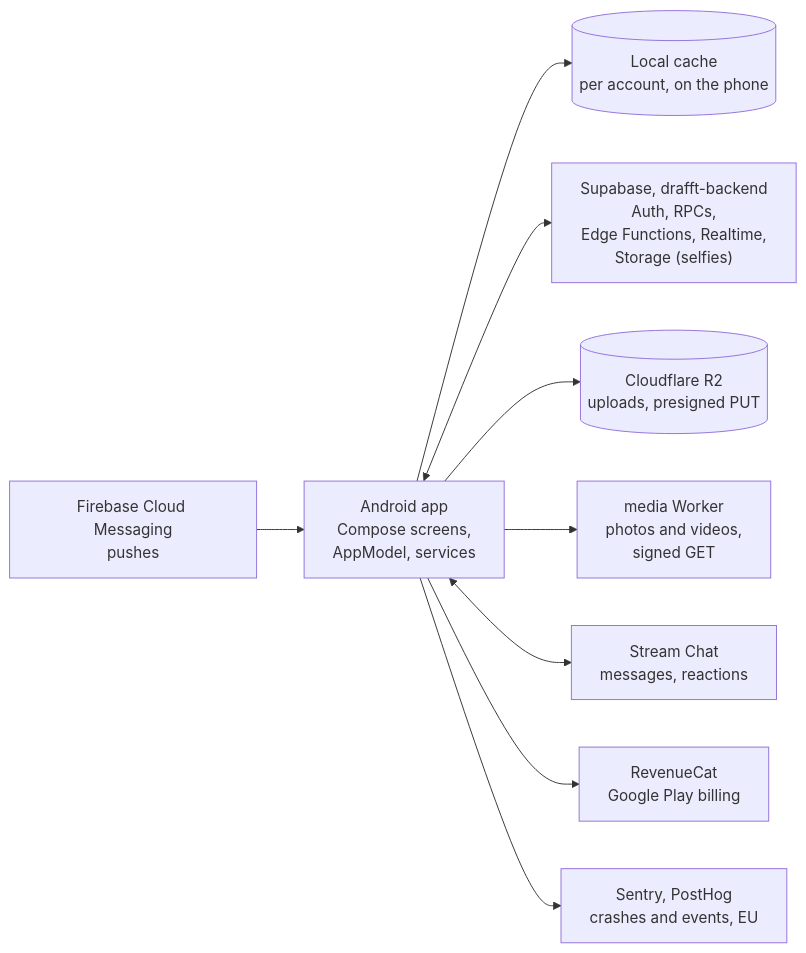
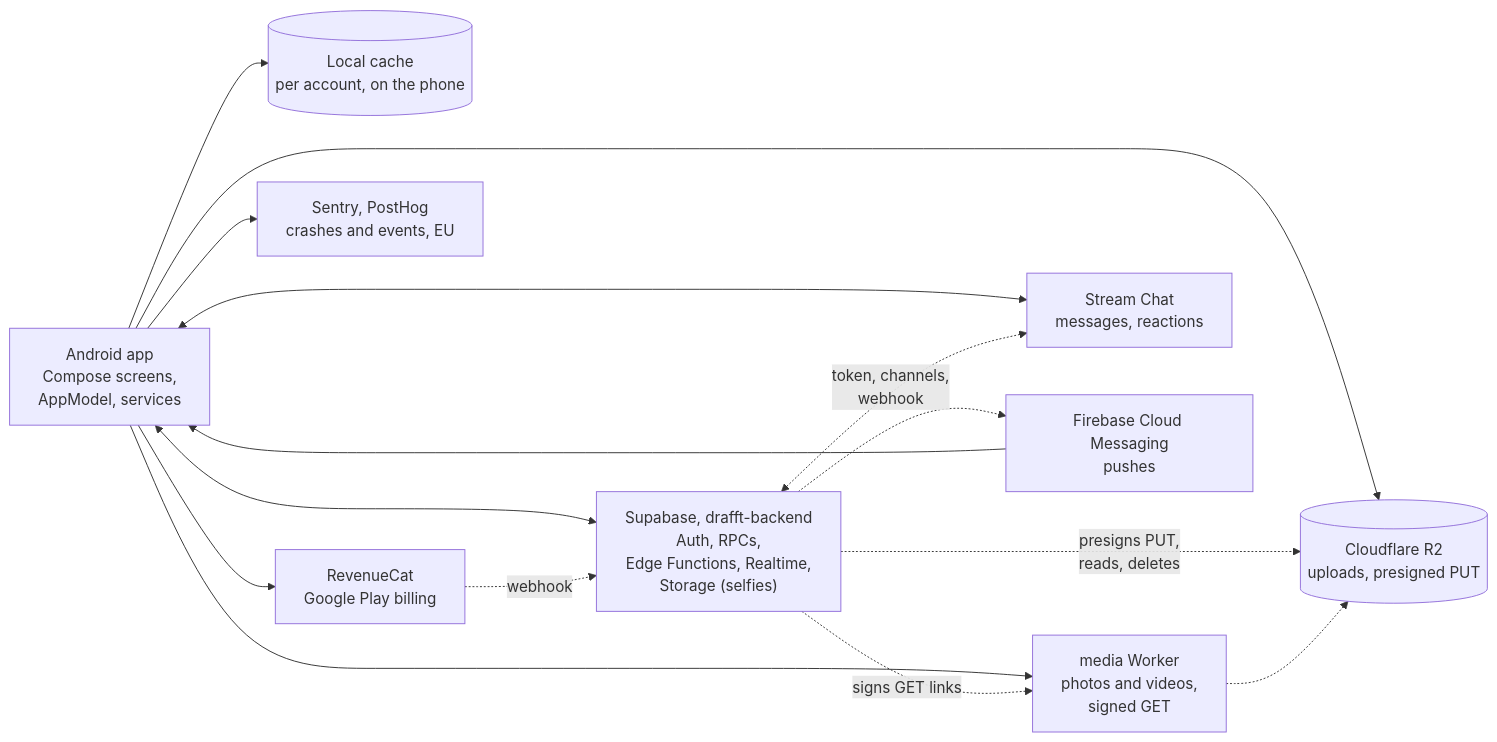
One commit to sylwaninn/drafft-android changed the diagram in README.md. Above: the diagram before and after it, drawn with Mermaid.

Commit message:
docs(android): draw the links between services in the readme (#52)

````diff
--- a/README.md
+++ b/README.md
@@ -47,12 +47,18 @@
 ```mermaid
 flowchart LR
   App["Android app<br/>Compose screens,<br/>AppModel, services"]
   App --> Cache[("Local cache<br/>per account, on the phone")]
   App <--> Supabase["Supabase, drafft-backend<br/>Auth, RPCs,<br/>Edge Functions, Realtime,<br/>Storage (selfies)"]
   App --> R2[("Cloudflare R2<br/>uploads, presigned PUT")]
   App --> Worker["media Worker<br/>photos and videos,<br/>signed GET"]
   App <--> Stream["Stream Chat<br/>messages, reactions"]
   Push["Firebase Cloud Messaging<br/>pushes"] --> App
   App --> RevenueCat["RevenueCat<br/>Google Play billing"]
   App --> Telemetry["Sentry, PostHog<br/>crashes and events, EU"]
+  Supabase -. "presigns PUT,<br/>reads, deletes" .-> R2
+  Supabase -. "signs GET links" .-> Worker
+  Worker -.-> R2
+  Supabase <-. "token, channels,<br/>webhook" .-> Stream
+  Supabase -.-> Push
+  RevenueCat -. "webhook" .-> Supabase
 ```
````
